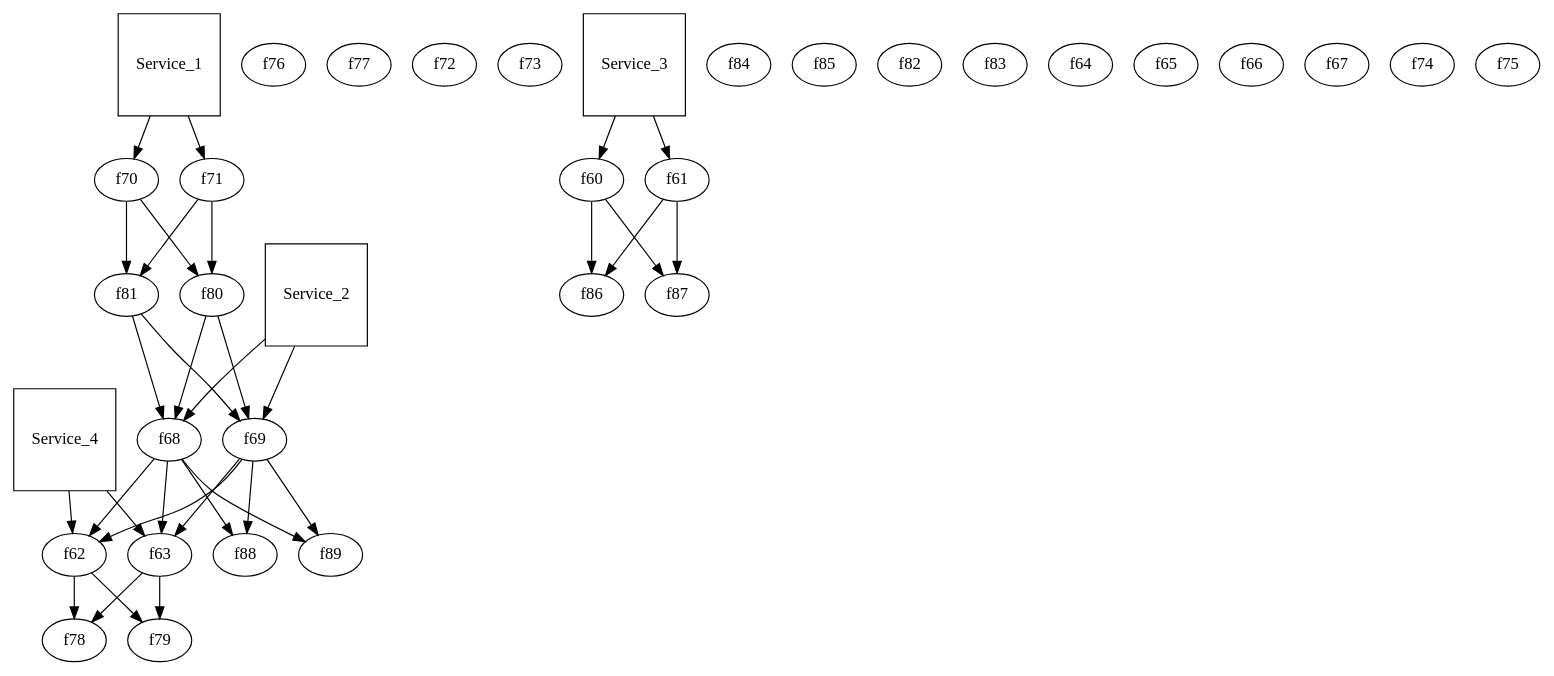
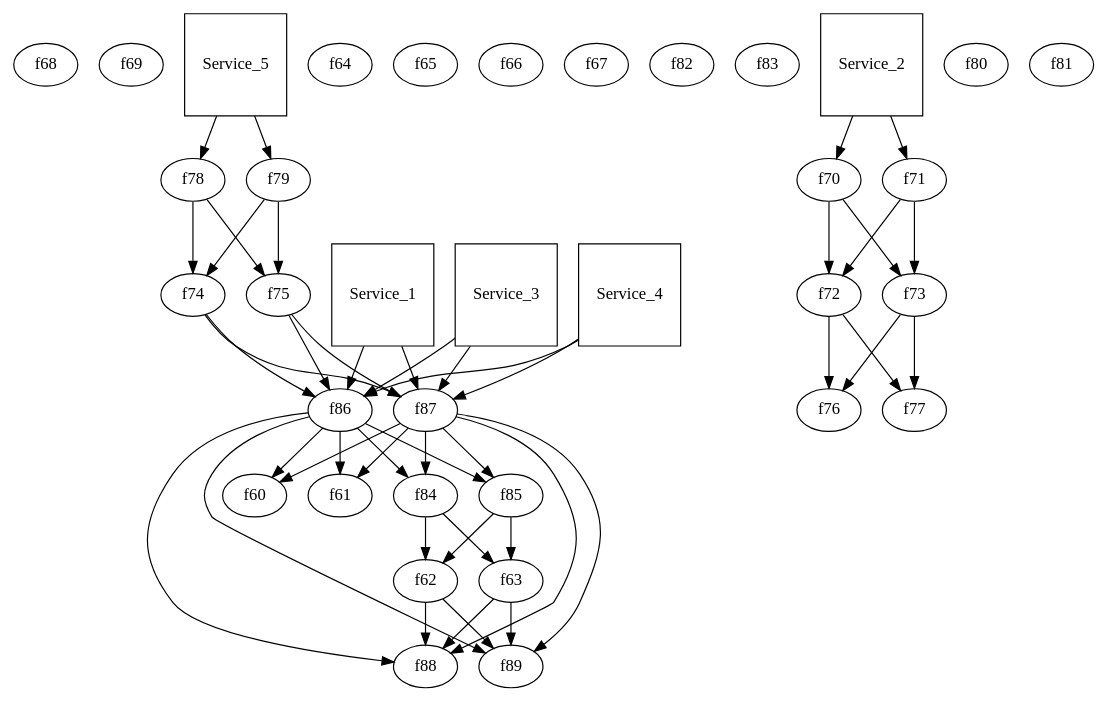
The diagram in system2.dot (pcoppens/chaos-re), drawn with Graphviz before and after one commit. The commit also changed 11 other files, not shown here.

```diff
--- a/system2.dot
+++ b/system2.dot
@@ -1,29 +1,32 @@
 digraph System{
-	f70 ; 	f71 ; 
-	f76 ; 	f77 ; 
-	f72 ; 	f73 ; 
-	f80 ; 	f81 ; 
+	f68 ; 	f69 ; 
+	f74 ; 	f75 ; 
+	f62 ; 	f63 ; 
 	f60 ; 	f61 ; 
-	f84 ; 	f85 ; 
-	f62 ; 	f63 ; 
-	f86 ; 	f87 ; 
-	f82 ; 	f83 ; 
 	f64 ; 	f65 ; 
 	f66 ; 	f67 ; 
+	f82 ; 	f83 ; 
+	f72 ; 	f73 ; 
+	f78 ; 	f79 ; 
+	f80 ; 	f81 ; 
+	f86 ; 	f87 ; 
+	f76 ; 	f77 ; 
 	f88 ; 	f89 ; 
-	f78 ; 	f79 ; 
-	f68 ; 	f69 ; 
-	f74 ; 	f75 ; 
+	f70 ; 	f71 ; 
+	f84 ; 	f85 ; 
 Service_1[shape=square];
- Service_1->f70; Service_1->f71; f70 -> f80 -> f68 -> f88;
-f70 ->f81; f71 ->f81; f71 ->f80; f80 ->f69; f81 ->f69; f81 ->f68; f68 ->f89; f69 ->f89; f69 ->f88; 
+ Service_1->f86; Service_1->f87; f86 -> f84 -> f62 -> f88;
+f86 ->f85; f87 ->f85; f87 ->f84; f84 ->f63; f85 ->f63; f85 ->f62; f62 ->f89; f63 ->f89; f63 ->f88; 
 Service_2[shape=square];
- Service_2->f68; Service_2->f69; f68 -> f62;
-f68 ->f63; f69 ->f63; f69 ->f62; 
+ Service_2->f70; Service_2->f71; f70 -> f72 -> f76;
+f70 ->f73; f71 ->f73; f71 ->f72; f72 ->f77; f73 ->f77; f73 ->f76; 
 Service_3[shape=square];
- Service_3->f60; Service_3->f61; f60 -> f86;
-f60 ->f87; f61 ->f87; f61 ->f86; 
+ Service_3->f86; Service_3->f87; f86 -> f88;
+f86 ->f89; f87 ->f89; f87 ->f88; 
 Service_4[shape=square];
- Service_4->f62; Service_4->f63; f62 -> f78;
-f62 ->f79; f63 ->f79; f63 ->f78; 
+ Service_4->f86; Service_4->f87; f86 -> f60;
+f86 ->f61; f87 ->f61; f87 ->f60; 
+Service_5[shape=square];
+ Service_5->f78; Service_5->f79; f78 -> f74 -> f86;
+f78 ->f75; f79 ->f75; f79 ->f74; f74 ->f87; f75 ->f87; f75 ->f86; 
 }
```
